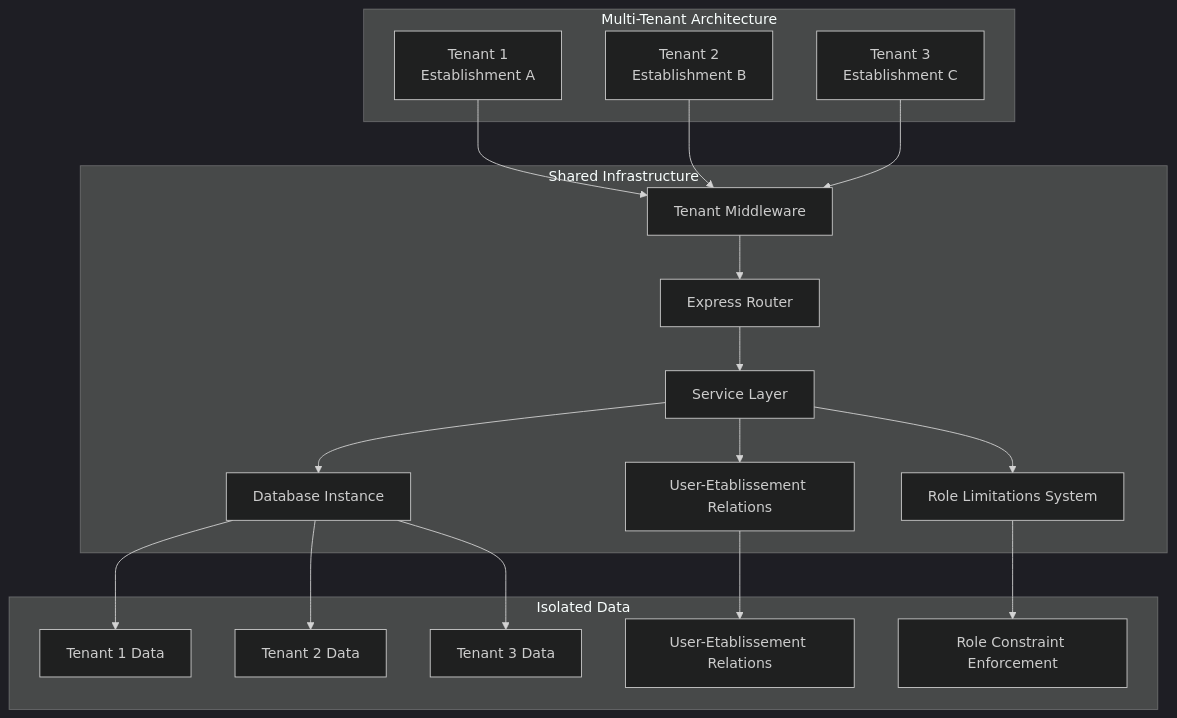
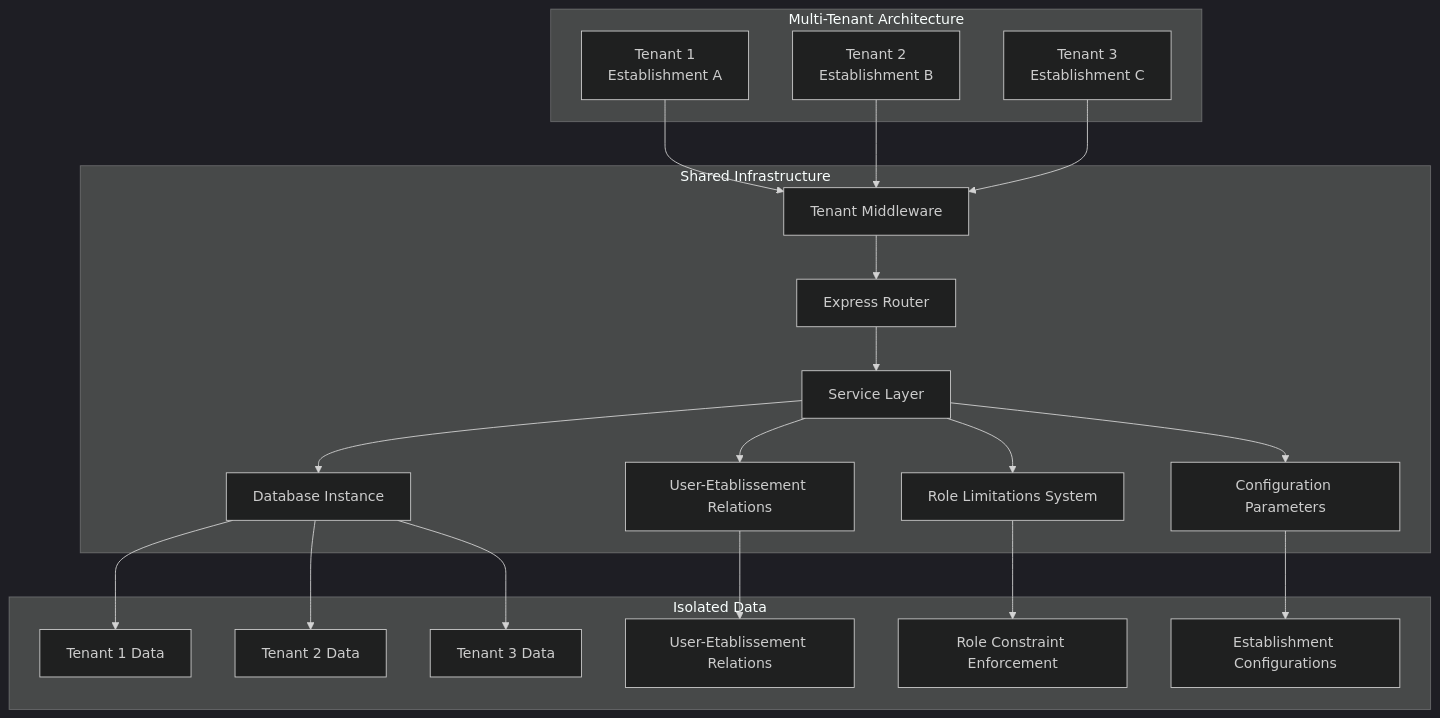
Before and after one commit to franckylab/eLISAschool: the first of 19 diagrams in .qoder/repowiki/en/content/Modules & Features/Administrative Modules/Establishment Management.md, drawn with Mermaid (dark theme). The commit also changed other lines of this file and 155 other files, not shown here.

````diff
--- a/.qoder/repowiki/en/content/Modules & Features/Administrative Modules/Establishment Management.md
+++ b/.qoder/repowiki/en/content/Modules & Features/Administrative Modules/Establishment Management.md
@@ -61,36 +66,40 @@
 ```mermaid
 graph TB
 subgraph "Multi-Tenant Architecture"
 Tenant1["Tenant 1<br/>Establishment A"]
 Tenant2["Tenant 2<br/>Establishment B"]
 Tenant3["Tenant 3<br/>Establishment C"]
 end
 subgraph "Shared Infrastructure"
 Middleware["Tenant Middleware"]
 Router["Express Router"]
 ServiceLayer["Service Layer"]
 DB["Database Instance"]
 RoleLimitations["Role Limitations System"]
 UserEtab["User-Etablissement Relations"]
+ConfigParams["Configuration Parameters"]
 end
 subgraph "Isolated Data"
 Data1["Tenant 1 Data"]
 Data2["Tenant 2 Data"]
 Data3["Tenant 3 Data"]
 UserRelations["User-Etablissement Relations"]
 RoleConstraints["Role Constraint Enforcement"]
+ConfigSettings["Establishment Configurations"]
 end
 Tenant1 --> Middleware
 Tenant2 --> Middleware
 Tenant3 --> Middleware
 Middleware --> Router
 Router --> ServiceLayer
 ServiceLayer --> DB
 ServiceLayer --> RoleLimitations
 ServiceLayer --> UserEtab
+ServiceLayer --> ConfigParams
 DB --> Data1
 DB --> Data2
 DB --> Data3
 UserEtab --> UserRelations
 RoleLimitations --> RoleConstraints
+ConfigParams --> ConfigSettings
 ```
````
